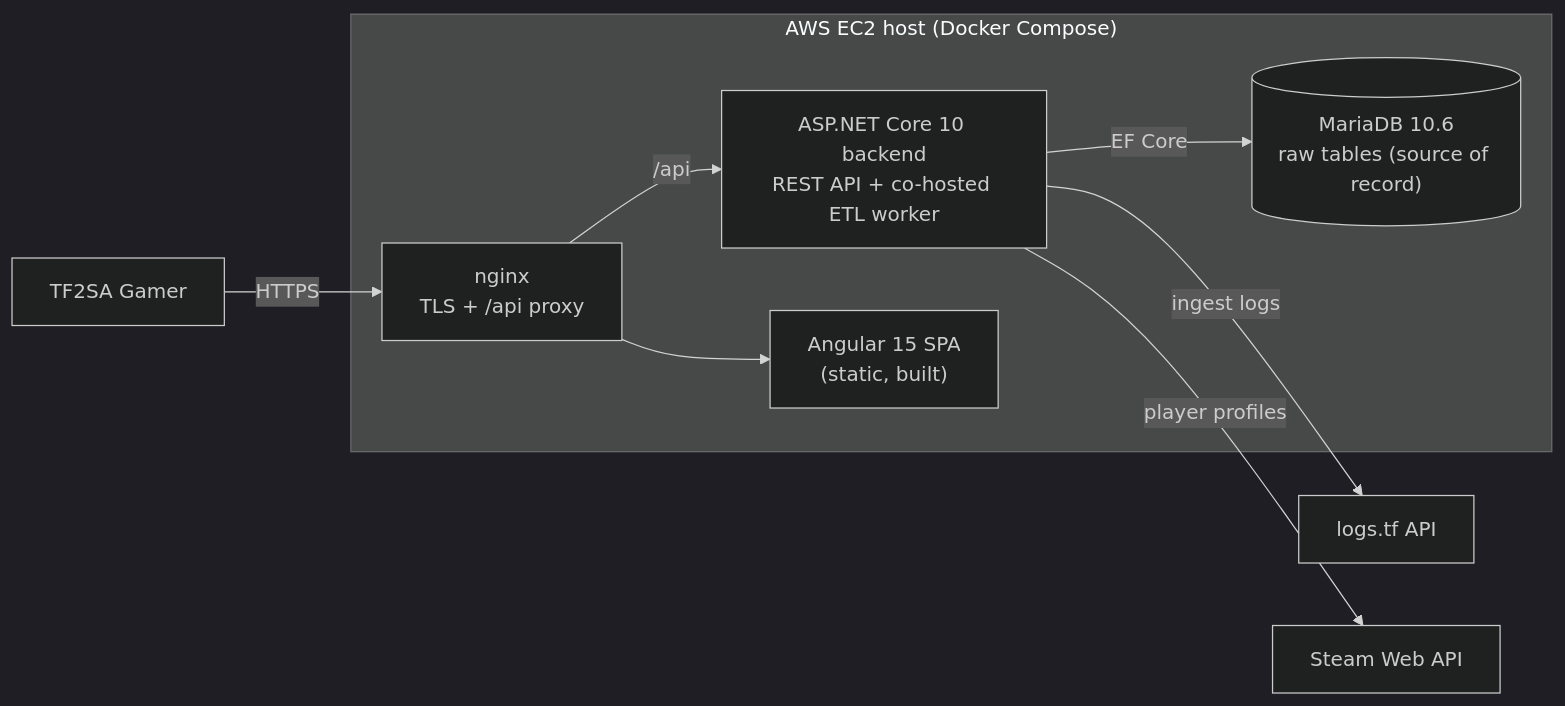
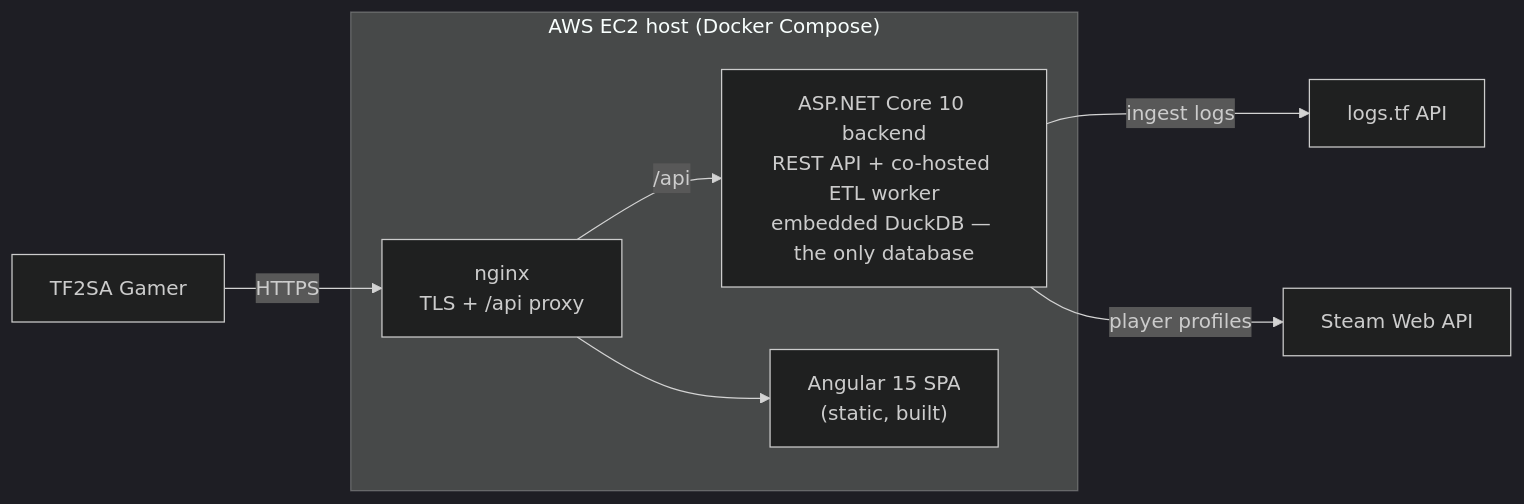
Before and after one commit to DeradoZA/tf2sa: the diagram in README.md, drawn with Mermaid (dark theme). The commit also changed other lines of this file and 17 other files, not shown here.

````diff
--- a/README.md
+++ b/README.md
@@ -28,19 +29,17 @@
 ```mermaid
 flowchart LR
     gamer["TF2SA Gamer"]
     subgraph host["AWS EC2 host (Docker Compose)"]
         proxy["nginx<br/>TLS + /api proxy"]
-        backend["ASP.NET Core 10 backend<br/>REST API + co-hosted ETL worker"]
-        db[("MariaDB 10.6<br/>raw tables (source of record)")]
+        backend["ASP.NET Core 10 backend<br/>REST API + co-hosted ETL worker<br/>embedded DuckDB — the only database"]
         spa["Angular 15 SPA<br/>(static, built)"]
     end
     logstf["logs.tf API"]
     steam["Steam Web API"]
 
     gamer -->|HTTPS| proxy
     proxy --> spa
     proxy -->|/api| backend
-    backend -->|EF Core| db
     backend -->|ingest logs| logstf
     backend -->|player profiles| steam
 ```
````
